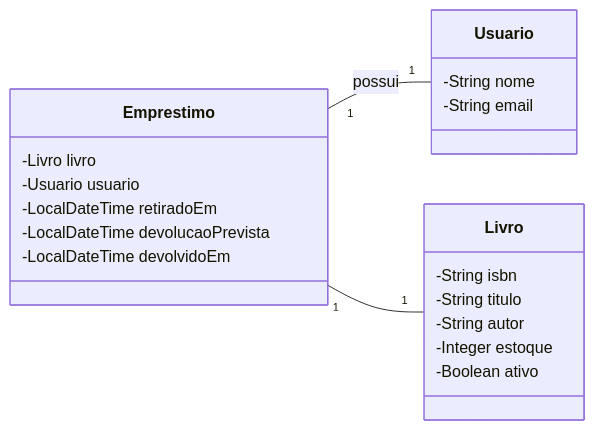
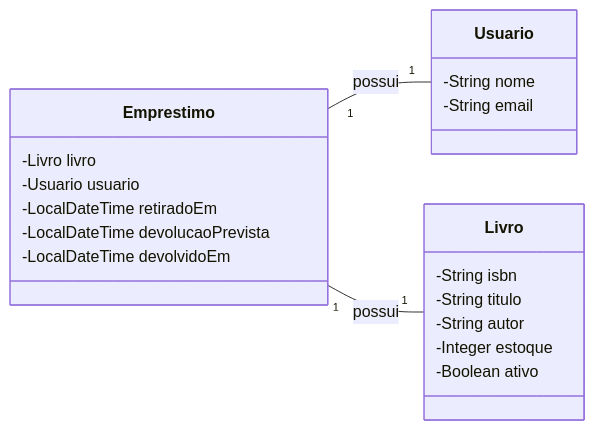
The diagram in README.md (agsilvamhm/Livros-Emprestimos), drawn with Mermaid before and after one commit. The commit also changed other lines of this file and 11 other files, not shown here.

````diff
--- a/README.md
+++ b/README.md
@@ -26,29 +26,28 @@
 ```mermaid
 classDiagram
   direction LR
 
   class Usuario {
     -String nome
     -String email
   }
 
   class Livro {
     -String isbn
     -String titulo
     -String autor
     -Integer estoque
     -Boolean ativo 
   }
   
   class Emprestimo {
     -Livro livro
     -Usuario usuario
     -LocalDateTime retiradoEm
     -LocalDateTime devolucaoPrevista
     -LocalDateTime devolvidoEm 
   }
 
   Emprestimo "1" -- "1" Usuario : possui
-  Emprestimo "1" -- "1" Livro 
-  
+  Emprestimo "1" -- "1" Livro   : possui   
 ```
````
